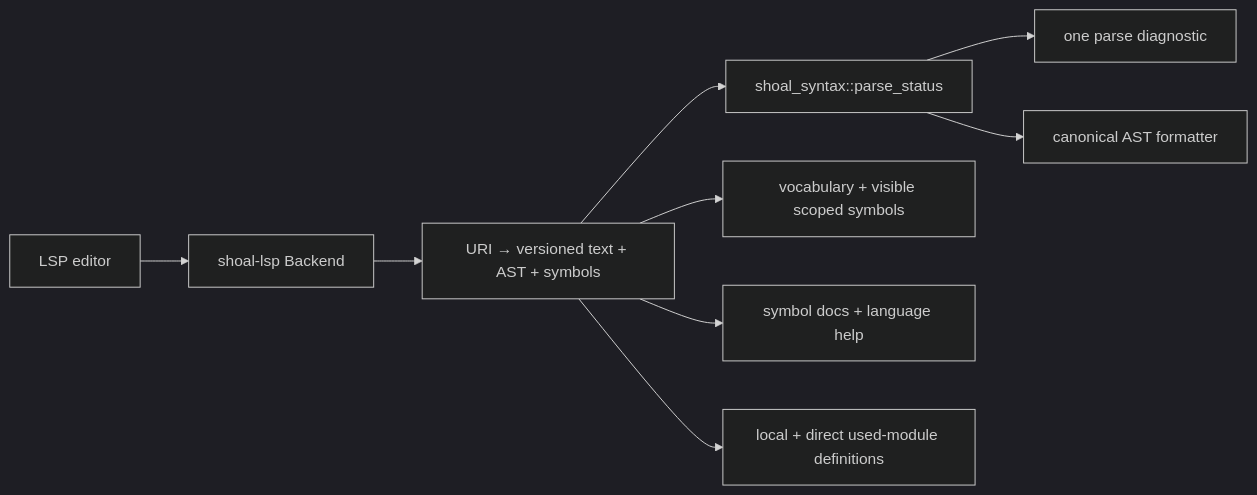
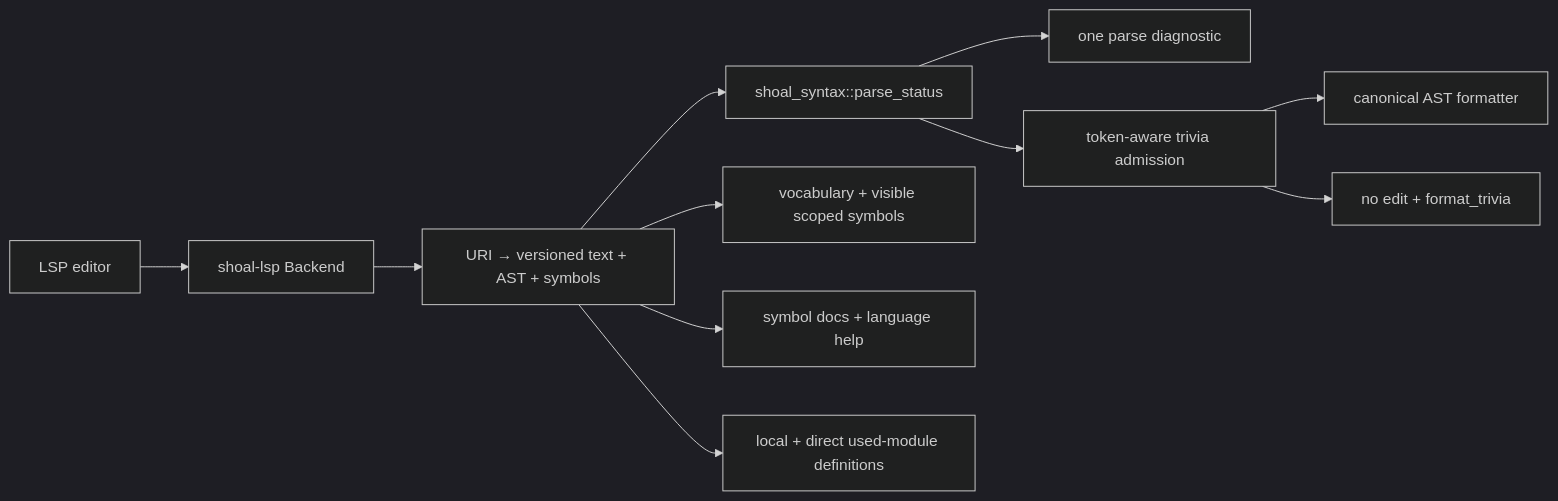
One commit to alliecatowo/shoal changed the first of 3 diagrams in site/content/internals/tooling-and-quality.md. Above: the diagram before and after it, drawn with Mermaid (dark theme). The commit also changed other lines of this file and 10 other files, not shown here.

Commit message:
fix(format): refuse destructive trivia rewrites

````diff
--- a/site/content/internals/tooling-and-quality.md
+++ b/site/content/internals/tooling-and-quality.md
@@ -26,13 +26,15 @@
 ```mermaid
 flowchart LR
 accTitle: Editor service
 accDescr: Shows the components and relationships described in Editor service.
   Editor["LSP editor"] --> Backend["shoal-lsp Backend"]
   Backend --> Docs["URI → versioned text + AST + symbols"]
   Docs --> ParseStatus["shoal_syntax::parse_status"]
   ParseStatus --> Diagnostics["one parse diagnostic"]
-  ParseStatus --> Format["canonical AST formatter"]
+  ParseStatus --> FormatSafety["token-aware trivia admission"]
+  FormatSafety --> Format["canonical AST formatter"]
+  FormatSafety --> Refuse["no edit + format_trivia"]
   Docs --> Completion["vocabulary + visible scoped symbols"]
   Docs --> Hover["symbol docs + language help"]
   Docs --> Definition["local + direct used-module definitions"]
 ```
````
